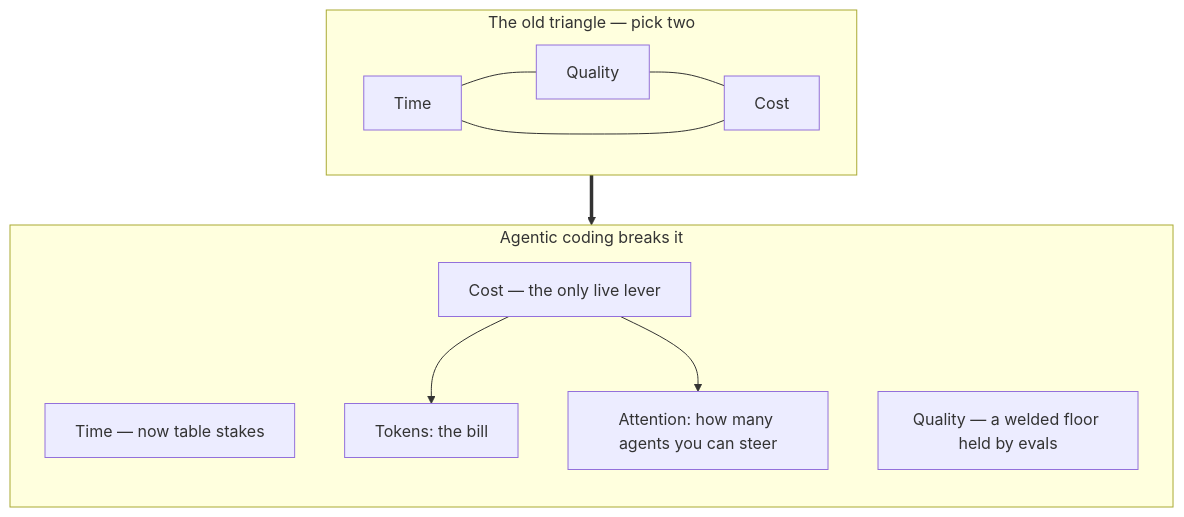
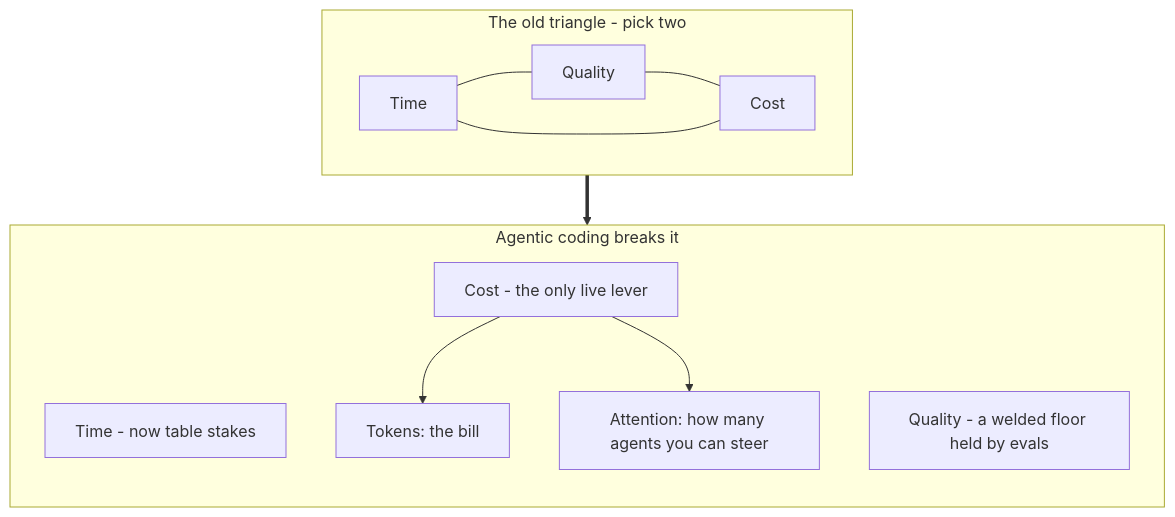
The fourth of 4 diagrams in book/03-software.md (ChristineTham/aidou), drawn with Mermaid before and after one commit. The commit also changed other lines of this file and 11 other files, not shown here.

````diff
--- a/book/03-software.md
+++ b/book/03-software.md
@@ -278,17 +384,17 @@
 ```mermaid
 flowchart TB
-    subgraph Before [The old triangle — pick two]
+    subgraph Before [The old triangle - pick two]
       direction LR
       Ti[Time] --- Qu[Quality]
       Qu --- Co[Cost]
       Co --- Ti
     end
     subgraph After [Agentic coding breaks it]
       direction TB
-      T2["Time — now table stakes"]
-      Q2["Quality — a welded floor held by evals"]
-      C2["Cost — the only live lever"] --> TK["Tokens: the bill"]
+      T2["Time - now table stakes"]
+      Q2["Quality - a welded floor held by evals"]
+      C2["Cost - the only live lever"] --> TK["Tokens: the bill"]
       C2 --> AT["Attention: how many agents you can steer"]
     end
     Before ==> After
 ```
````
